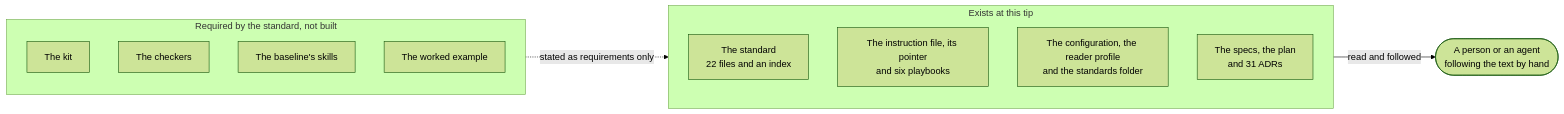
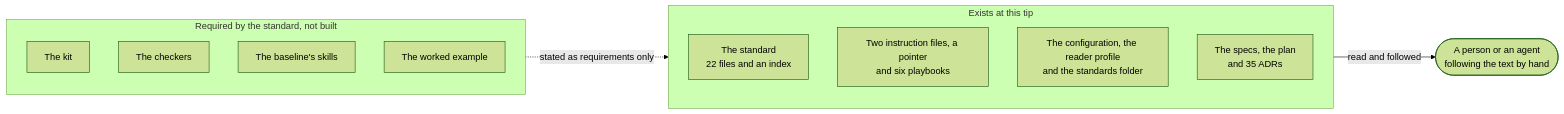
Before and after one commit to chandanbsd/baseline-framework: the first of 4 diagrams in docs/architecture/01-overview.md, drawn with Mermaid (forest theme). The commit also changed other lines of this file and 31 other files, not shown here.

````diff
--- a/docs/architecture/01-overview.md
+++ b/docs/architecture/01-overview.md
@@ -24,20 +24,20 @@
 ```mermaid
 flowchart LR
     subgraph EX["Exists at this tip"]
         direction TB
         ST["The standard<br/>22 files and an index"]
-        PB["The instruction file, its pointer<br/>and six playbooks"]
+        PB["Two instruction files, a pointer<br/>and six playbooks"]
         CF["The configuration, the reader profile<br/>and the standards folder"]
-        TH["The specs, the plan<br/>and 31 ADRs"]
+        TH["The specs, the plan<br/>and 35 ADRs"]
     end
     subgraph RQ["Required by the standard, not built"]
         direction TB
         KT["The kit"]
         CK["The checkers"]
         SK["The baseline's skills"]
         WE["The worked example"]
     end
     P(["A person or an agent<br/>following the text by hand"])
     EX -->|"read and followed"| P
     RQ -. "stated as requirements only" .-> EX
 ```
````
